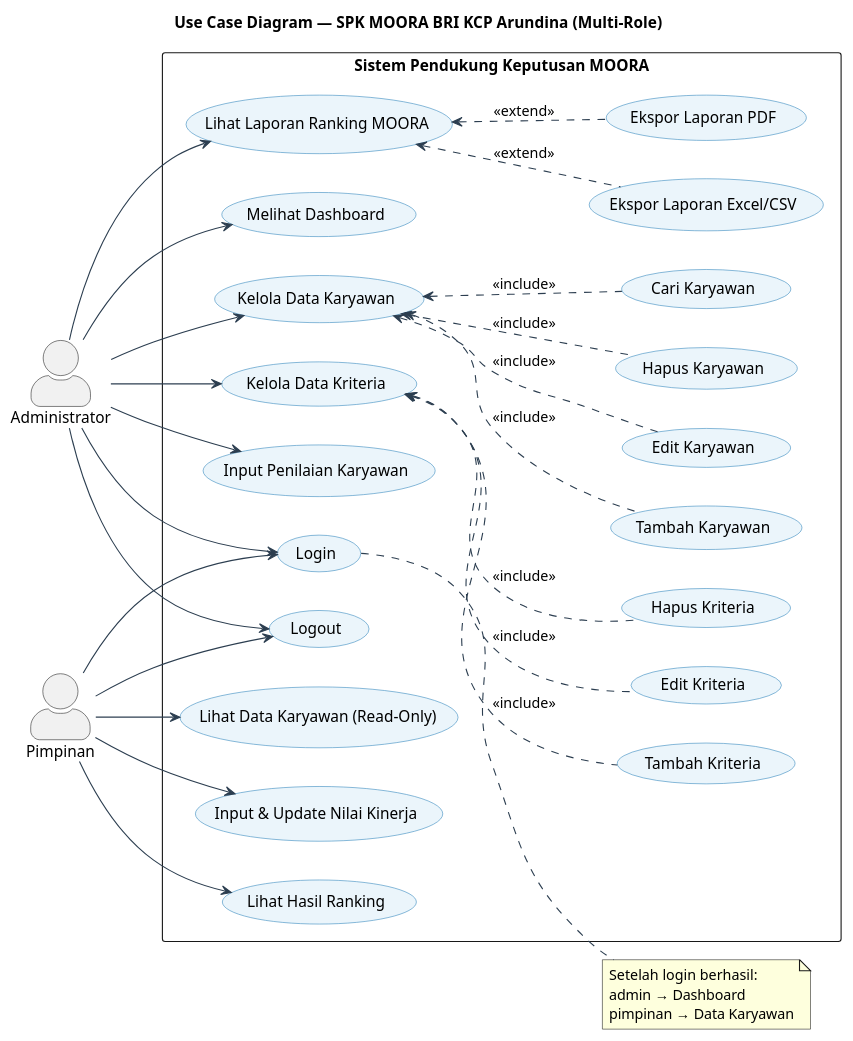
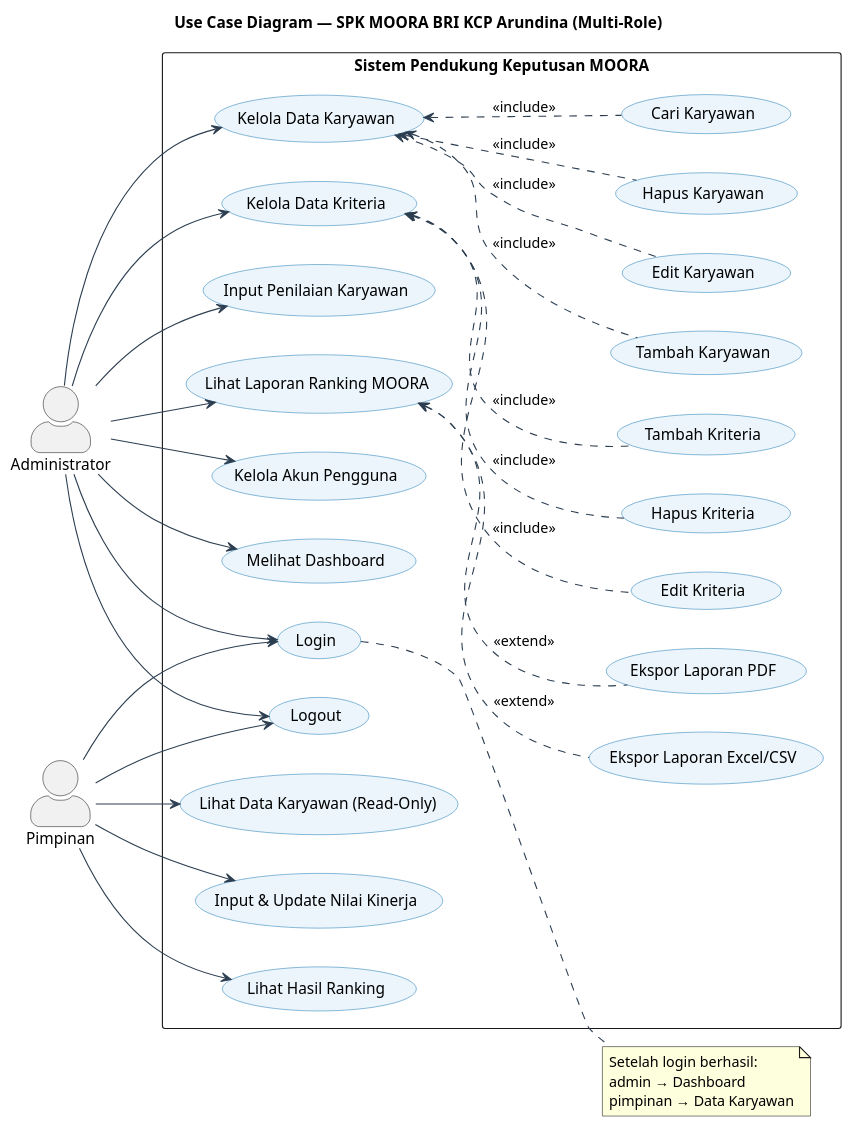
One commit to caidenrev/spk-bri-2.0 changed the first of 14 diagrams in BAB4_DIAGRAM.md. Above: the diagram before and after it, drawn with PlantUML. The commit also changed other lines of this file and 21 other files, not shown here.

````diff
--- a/BAB4_DIAGRAM.md
+++ b/BAB4_DIAGRAM.md
@@ -10,67 +10,69 @@
 ```plantuml
 @startuml UseCaseDiagram
 skinparam packageStyle rectangle
 skinparam actorStyle awesome
 skinparam usecase {
   BackgroundColor #EBF5FB
   BorderColor #2980B9
   ArrowColor #2C3E50
 }
 left to right direction
 title Use Case Diagram — SPK MOORA BRI KCP Arundina (Multi-Role)
 
 actor "Administrator" as admin
 actor "Pimpinan" as pimpinan
 
 rectangle "Sistem Pendukung Keputusan MOORA" {
   usecase "Login" as UC1
   usecase "Logout" as UC2
 
   usecase "Melihat Dashboard" as UC3
   usecase "Kelola Data Karyawan" as UC4
   usecase "Tambah Karyawan" as UC4a
   usecase "Edit Karyawan" as UC4b
   usecase "Hapus Karyawan" as UC4c
   usecase "Cari Karyawan" as UC4d
   usecase "Kelola Data Kriteria" as UC5
   usecase "Tambah Kriteria" as UC5a
   usecase "Edit Kriteria" as UC5b
   usecase "Hapus Kriteria" as UC5c
   usecase "Input Penilaian Karyawan" as UC6
   usecase "Lihat Laporan Ranking MOORA" as UC7
   usecase "Ekspor Laporan PDF" as UC8
   usecase "Ekspor Laporan Excel/CSV" as UC9
 
   usecase "Lihat Data Karyawan (Read-Only)" as UC10
   usecase "Input & Update Nilai Kinerja" as UC11
   usecase "Lihat Hasil Ranking" as UC12
+  usecase "Kelola Akun Pengguna" as UC13
 }
 
 admin --> UC1
 admin --> UC2
 admin --> UC3
 admin --> UC4
 admin --> UC5
 admin --> UC6
 admin --> UC7
+admin --> UC13
 
 pimpinan --> UC1
 pimpinan --> UC2
 pimpinan --> UC10
 pimpinan --> UC11
 pimpinan --> UC12
 
 UC4 <.. UC4a : <<include>>
 UC4 <.. UC4b : <<include>>
 UC4 <.. UC4c : <<include>>
 UC4 <.. UC4d : <<include>>
 UC5 <.. UC5a : <<include>>
 UC5 <.. UC5b : <<include>>
 UC5 <.. UC5c : <<include>>
 UC7 <.. UC8 : <<extend>>
 UC7 <.. UC9 : <<extend>>
 note "Setelah login berhasil:\nadmin → Dashboard\npimpinan → Data Karyawan" as NLogin
 UC1 .. NLogin
 
 @enduml
 ```
````
